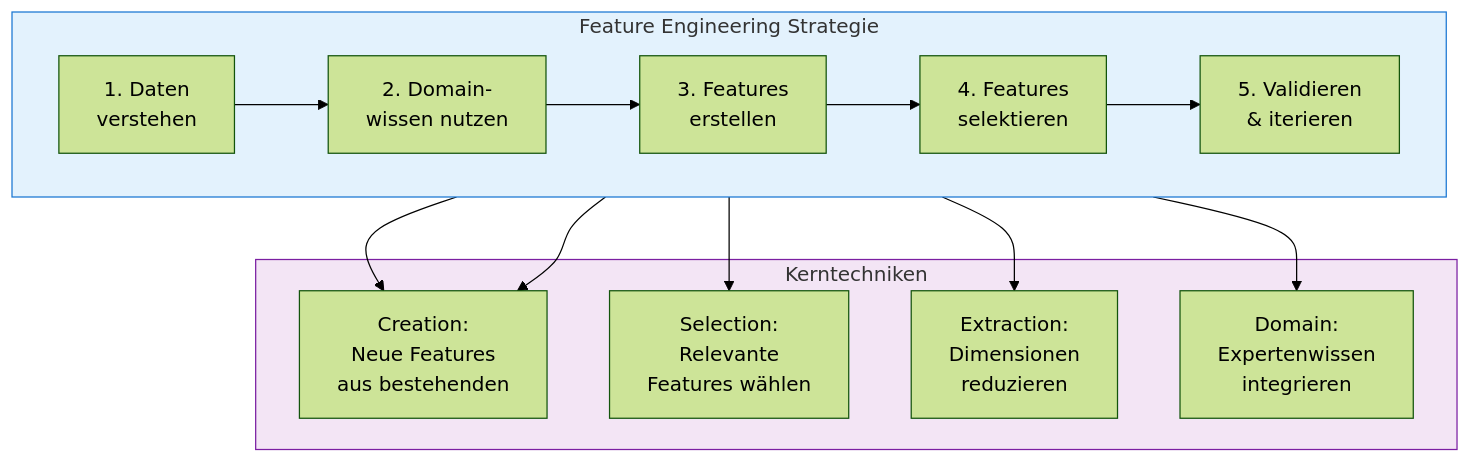
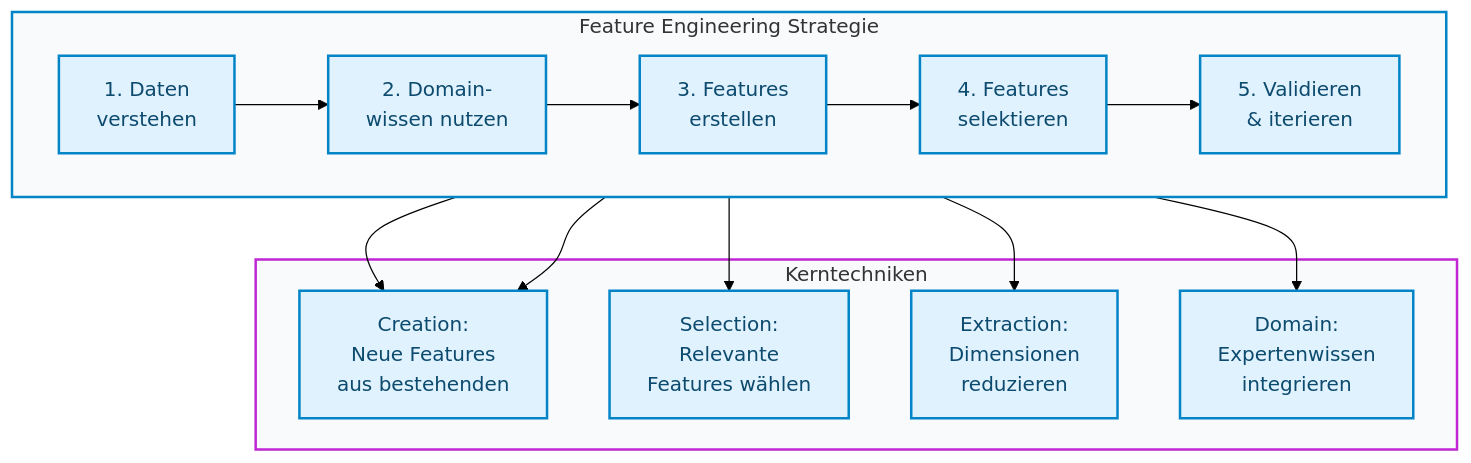
One commit to ralf-42/ML_Intro changed the fourth of 4 diagrams in docs/concepts/prepare/feature-engineering.md. Above: the diagram before and after it, drawn with Mermaid (forest theme). The commit also changed other lines of this file and 67 other files, not shown here.

````diff
--- a/docs/concepts/prepare/feature-engineering.md
+++ b/docs/concepts/prepare/feature-engineering.md
@@ -701,26 +694,27 @@
 ```mermaid
 flowchart TB
     subgraph Strategie["Feature Engineering Strategie"]
         direction LR
         A[1. Daten<br/>verstehen] --> B[2. Domain-<br/>wissen nutzen]
         B --> C[3. Features<br/>erstellen]
         C --> D[4. Features<br/>selektieren]
         D --> E[5. Validieren<br/>& iterieren]
     end
     
     subgraph Techniken["Kerntechniken"]
         F[Creation:<br/>Neue Features<br/>aus bestehenden]
         G[Selection:<br/>Relevante<br/>Features wählen]
         H[Extraction:<br/>Dimensionen<br/>reduzieren]
         I[Domain:<br/>Expertenwissen<br/>integrieren]
     end
     
     A --> F
     B --> I
     C --> F
     C --> H
     D --> G
-    
-    style Strategie fill:#e3f2fd,stroke:#1976d2
-    style Techniken fill:#f3e5f5,stroke:#7b1fa2
+
+    classDef default fill:#e0f2fe,stroke:#0284c7,stroke-width:2px,color:#0c4a6e;
+    style Strategie fill:#f8fafc,stroke:#0284c7,stroke-width:2px
+    style Techniken fill:#f8fafc,stroke:#c026d3,stroke-width:2px
 ```
````
